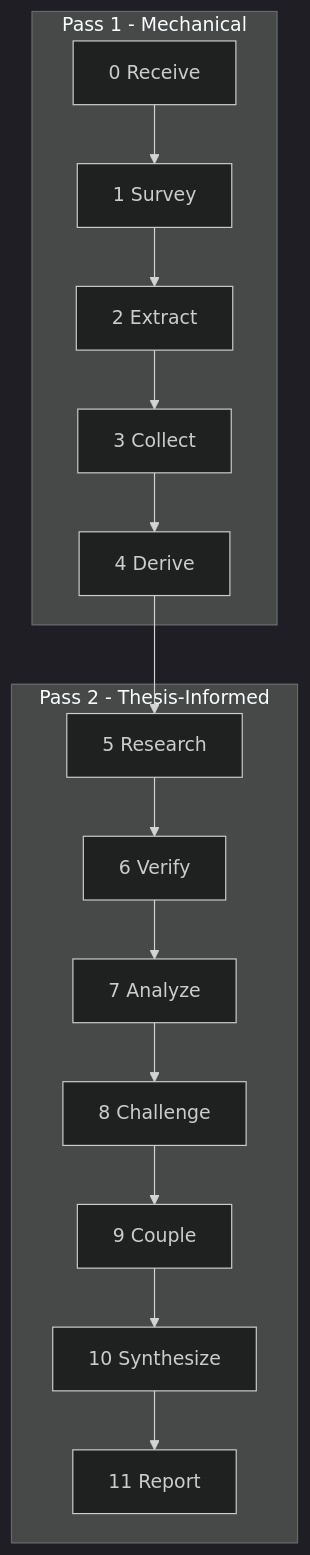
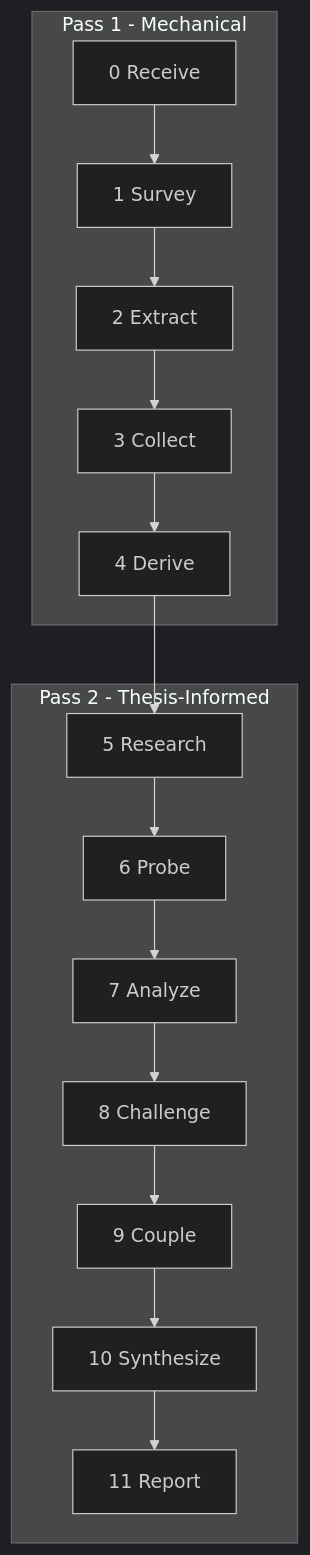
The first of 2 diagrams in tools/assay.md (cppalliance/tools-public), drawn with Mermaid (dark theme) before and after one commit. The commit also changed other lines of this file, not shown here.

````diff
--- a/tools/assay.md
+++ b/tools/assay.md
@@ -70,18 +70,18 @@
 ```mermaid
 flowchart TD
     subgraph pass1 [Pass 1 - Mechanical]
         S0["0 Receive"] --> S1["1 Survey"]
         S1 --> S2["2 Extract"]
         S2 --> S3["3 Collect"]
         S3 --> S4["4 Derive"]
     end
     subgraph pass2 [Pass 2 - Thesis-Informed]
         S4 --> S5["5 Research"]
-        S5 --> S6["6 Verify"]
+        S5 --> S6["6 Probe"]
         S6 --> S7["7 Analyze"]
         S7 --> S8["8 Challenge"]
         S8 --> S9["9 Couple"]
         S9 --> S10["10 Synthesize"]
         S10 --> S11["11 Report"]
     end
 ```
````
